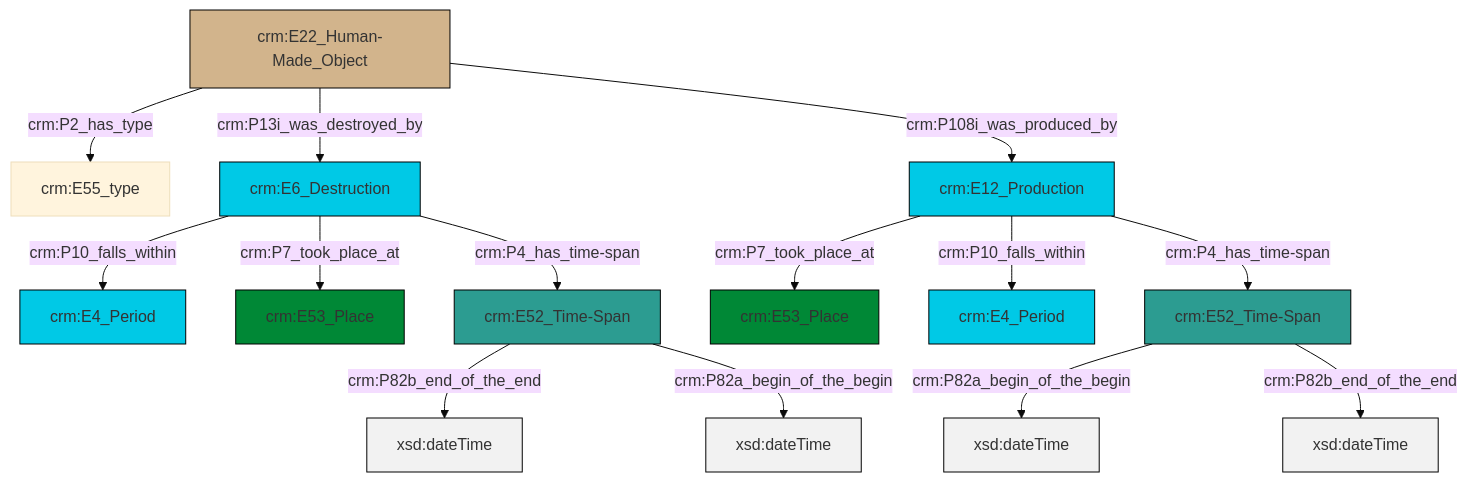
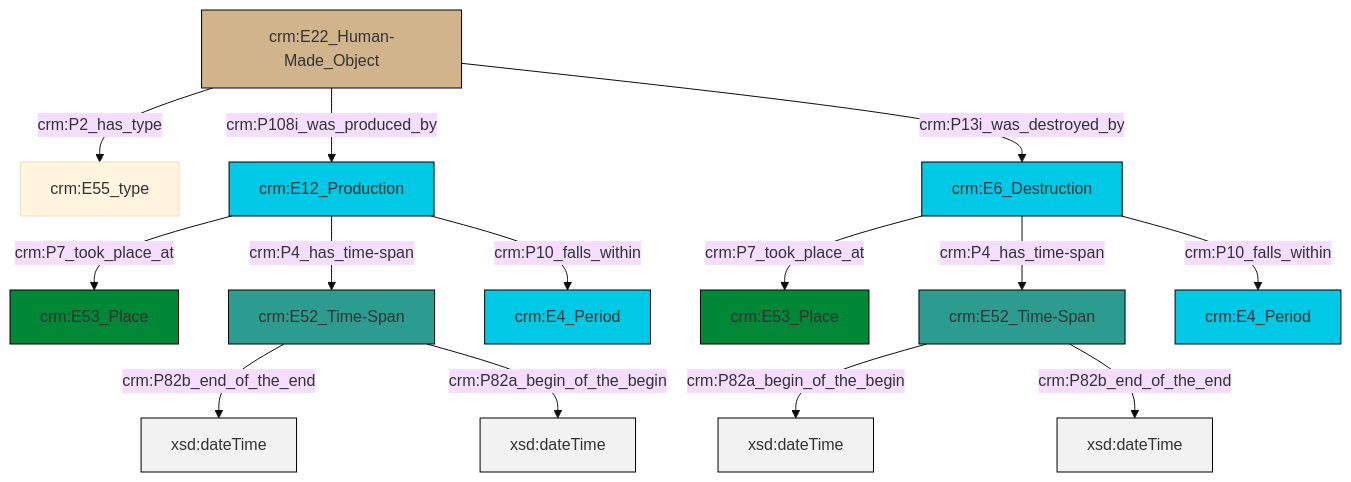
Before and after one commit to swiss-art-research-net/docs.swissartresearch: the diagram in et/artworkCSV/ttl/mmd/Artwork_Existence.ttl.mmd, drawn with Mermaid (base theme). The commit also changed 183 other files, not shown here.

```diff
--- a/et/artworkCSV/ttl/mmd/Artwork_Existence.ttl.mmd
+++ b/et/artworkCSV/ttl/mmd/Artwork_Existence.ttl.mmd
@@ -1,28 +1,28 @@
 graph TD
 classDef Literal fill:#f2f2f2,stroke:#000000;
 classDef CRM_Entity fill:#FFFFFF,stroke:#000000;
 classDef Temporal_Entity fill:#00C9E6, stroke:#000000;
 classDef Type fill:#E18312, stroke:#000000;
 classDef Time-Span fill:#2C9C91, stroke:#000000;
 classDef Appellation fill:#FFEB7F, stroke:#000000;
 classDef Place fill:#008836, stroke:#000000;
 classDef Persistent_Item fill:#B266B2, stroke:#000000;
 classDef Conceptual_Object fill:#FFD700, stroke:#000000;
 classDef Physical_Thing fill:#D2B48C, stroke:#000000;
 classDef Actor fill:#f58aad, stroke:#000000;
 classDef PC_Classes fill:#4ce600, stroke:#000000;
 classDef Multi fill:#cccccc,stroke:#000000;
 
-0["crm:E52_Time-Span"]:::Time-Span -->|crm:P82a_begin_of_the_begin| 1[xsd:dateTime]:::Literal
-2["crm:E6_Destruction"]:::Temporal_Entity -->|crm:P10_falls_within| 3["crm:E4_Period"]:::Temporal_Entity
-0["crm:E52_Time-Span"]:::Time-Span -->|crm:P82b_end_of_the_end| 6[xsd:dateTime]:::Literal
-7["crm:E52_Time-Span"]:::Time-Span -->|crm:P82b_end_of_the_end| 8[xsd:dateTime]:::Literal
-9["crm:E22_Human-Made_Object"]:::Physical_Thing -->|crm:P2_has_type| 10["crm:E55_type"]:::Default
-2["crm:E6_Destruction"]:::Temporal_Entity -->|crm:P7_took_place_at| 11["crm:E53_Place"]:::Place
-7["crm:E52_Time-Span"]:::Time-Span -->|crm:P82a_begin_of_the_begin| 18[xsd:dateTime]:::Literal
-4["crm:E12_Production"]:::Temporal_Entity -->|crm:P7_took_place_at| 20["crm:E53_Place"]:::Place
-2["crm:E6_Destruction"]:::Temporal_Entity -->|crm:P4_has_time-span| 7["crm:E52_Time-Span"]:::Time-Span
-4["crm:E12_Production"]:::Temporal_Entity -->|crm:P10_falls_within| 15["crm:E4_Period"]:::Temporal_Entity
-9["crm:E22_Human-Made_Object"]:::Physical_Thing -->|crm:P13i_was_destroyed_by| 2["crm:E6_Destruction"]:::Temporal_Entity
-9["crm:E22_Human-Made_Object"]:::Physical_Thing -->|crm:P108i_was_produced_by| 4["crm:E12_Production"]:::Temporal_Entity
-4["crm:E12_Production"]:::Temporal_Entity -->|crm:P4_has_time-span| 0["crm:E52_Time-Span"]:::Time-Span
+0["crm:E6_Destruction"]:::Temporal_Entity -->|crm:P7_took_place_at| 1["crm:E53_Place"]:::Place
+2["crm:E52_Time-Span"]:::Time-Span -->|crm:P82b_end_of_the_end| 3[xsd:dateTime]:::Literal
+6["crm:E12_Production"]:::Temporal_Entity -->|crm:P7_took_place_at| 7["crm:E53_Place"]:::Place
+9["crm:E52_Time-Span"]:::Time-Span -->|crm:P82a_begin_of_the_begin| 10[xsd:dateTime]:::Literal
+9["crm:E52_Time-Span"]:::Time-Span -->|crm:P82b_end_of_the_end| 11[xsd:dateTime]:::Literal
+0["crm:E6_Destruction"]:::Temporal_Entity -->|crm:P4_has_time-span| 9["crm:E52_Time-Span"]:::Time-Span
+2["crm:E52_Time-Span"]:::Time-Span -->|crm:P82a_begin_of_the_begin| 15[xsd:dateTime]:::Literal
+12["crm:E22_Human-Made_Object"]:::Physical_Thing -->|crm:P2_has_type| 18["crm:E55_type"]:::Default
+12["crm:E22_Human-Made_Object"]:::Physical_Thing -->|crm:P108i_was_produced_by| 6["crm:E12_Production"]:::Temporal_Entity
+12["crm:E22_Human-Made_Object"]:::Physical_Thing -->|crm:P13i_was_destroyed_by| 0["crm:E6_Destruction"]:::Temporal_Entity
+6["crm:E12_Production"]:::Temporal_Entity -->|crm:P4_has_time-span| 2["crm:E52_Time-Span"]:::Time-Span
+6["crm:E12_Production"]:::Temporal_Entity -->|crm:P10_falls_within| 4["crm:E4_Period"]:::Temporal_Entity
+0["crm:E6_Destruction"]:::Temporal_Entity -->|crm:P10_falls_within| 19["crm:E4_Period"]:::Temporal_Entity
```
